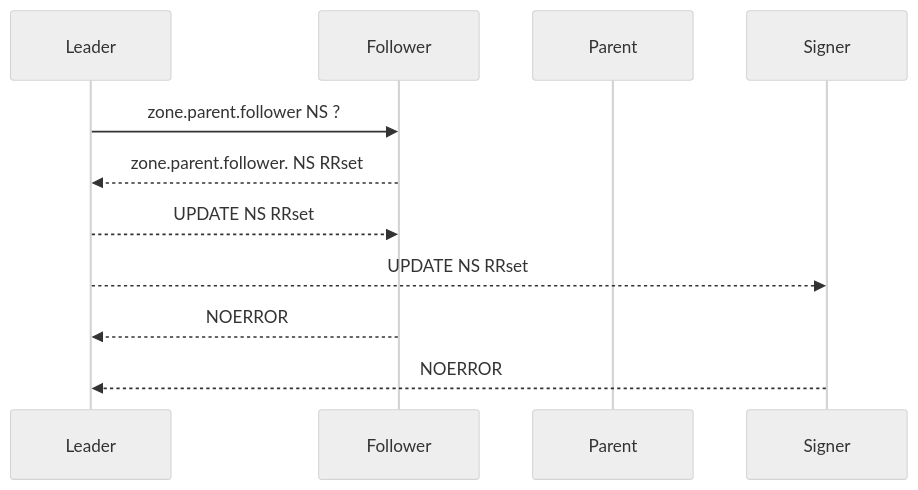
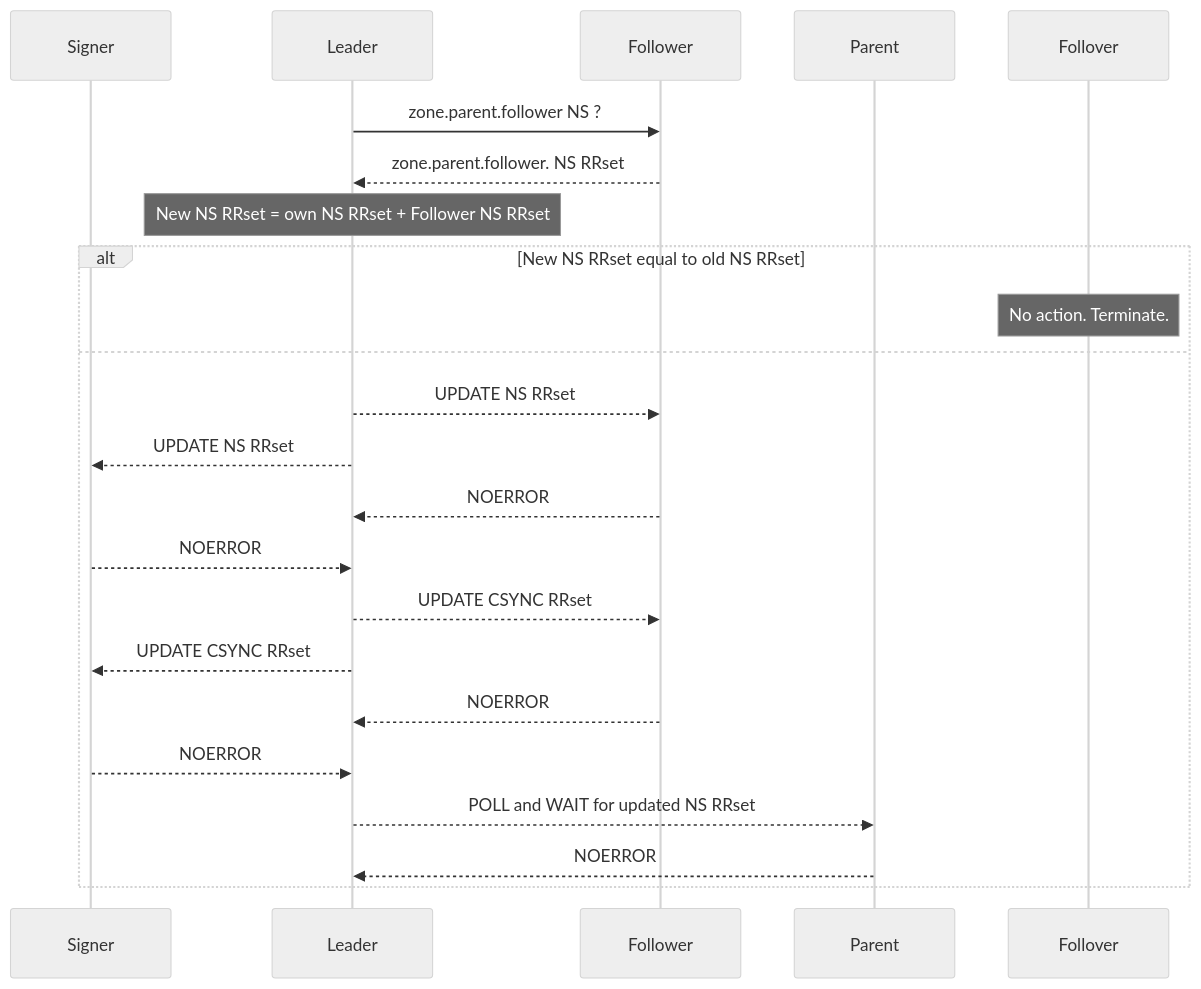
The diagram in sidecar/PROCESSES.md (johanix/tdns), drawn with Mermaid (neutral theme) before and after one commit.

````diff
--- a/sidecar/PROCESSES.md
+++ b/sidecar/PROCESSES.md
@@ -3,13 +3,25 @@
 ```mermaid
 sequenceDiagram
+    participant Signer
     participant Leader
     participant Follower
     participant Parent
-    participant Signer
     Leader->>Follower: zone.parent.follower NS ?
     Follower-->>Leader: zone.parent.follower. NS RRset
-    Leader-->>Follower: UPDATE NS RRset
-    Leader-->>Signer: UPDATE NS RRset
-    Follower-->>Leader: NOERROR
-    Signer-->>Leader: NOERROR
+    Note over Leader: New NS RRset = own NS RRset + Follower NS RRset
+    alt New NS RRset equal to old NS RRset
+       Note over Follover: No action. Terminate.
+    else
+       Leader-->>Follower: UPDATE NS RRset
+       Leader-->>Signer: UPDATE NS RRset
+       Follower-->>Leader: NOERROR
+       Signer-->>Leader: NOERROR
+       Leader-->>Follower: UPDATE CSYNC RRset
+       Leader-->>Signer: UPDATE CSYNC RRset
+       Follower-->>Leader: NOERROR
+       Signer-->>Leader: NOERROR
+       Leader-->>Parent: POLL and WAIT for updated NS RRset
+       Parent-->>Leader: NOERROR
+   end
+
 ```
````
